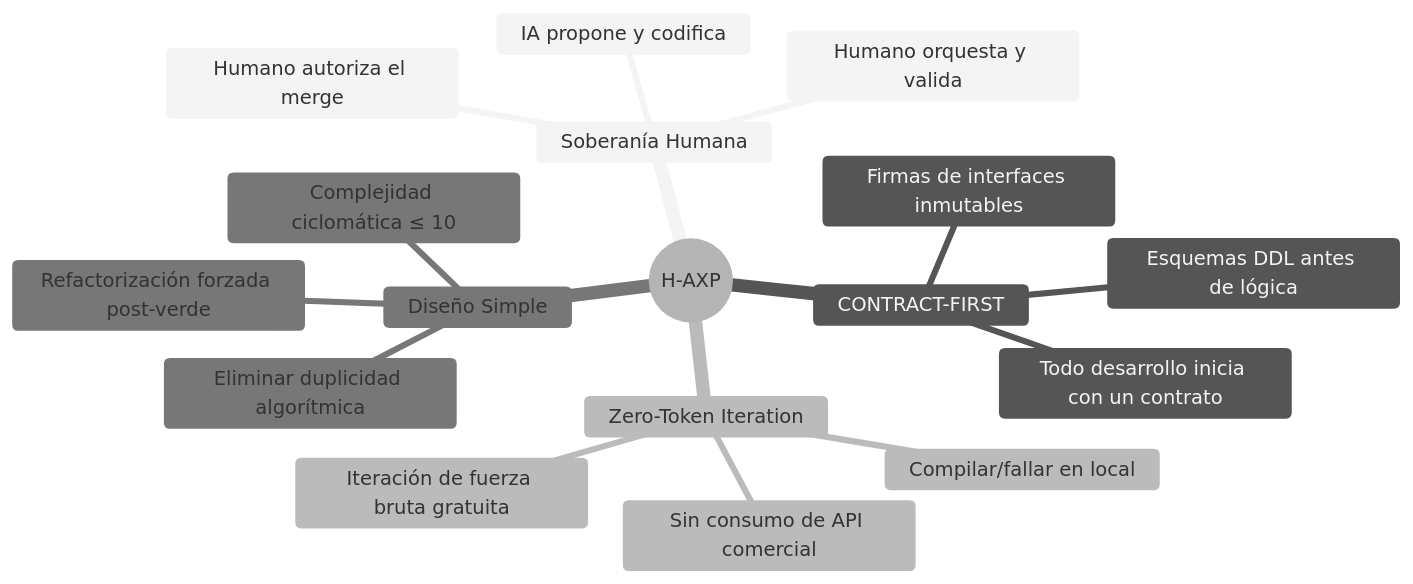
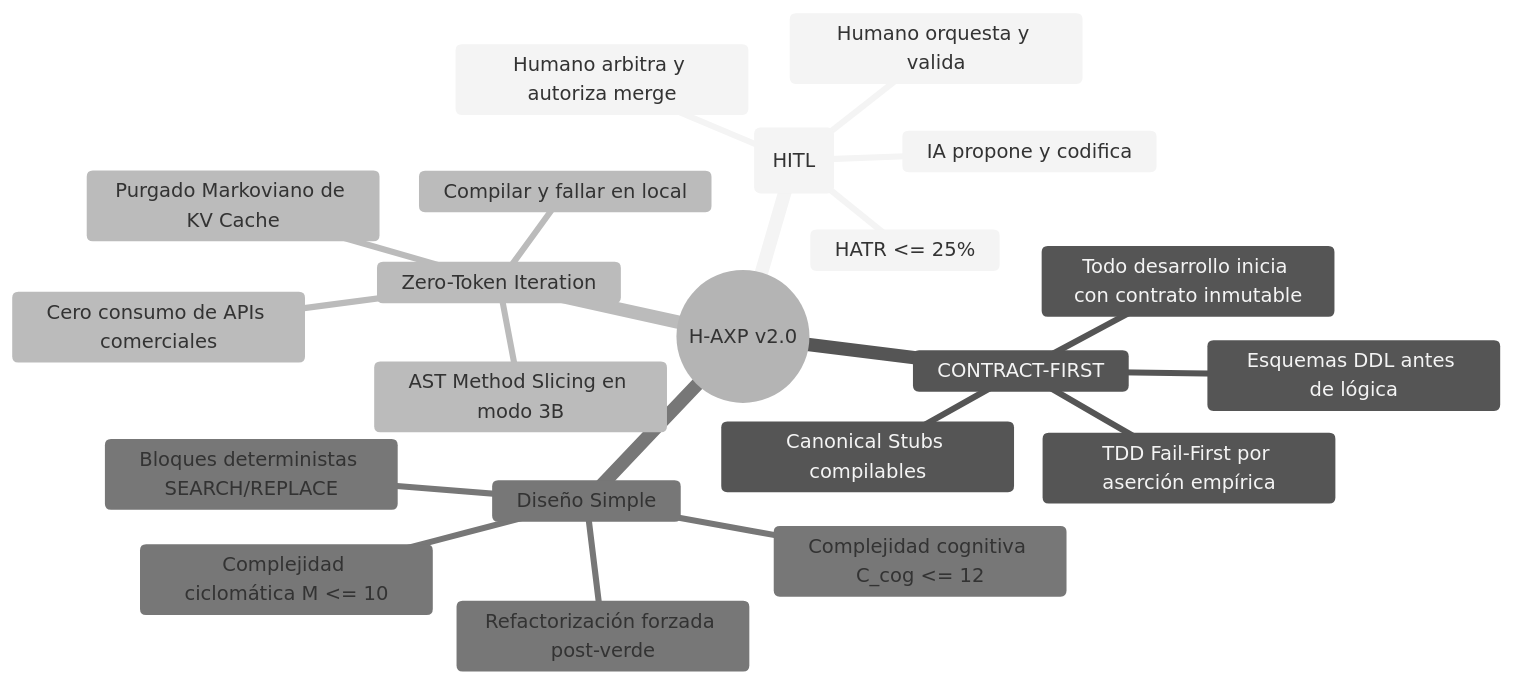
The second of 4 diagrams in README.md (brunoguzman-dev/H-AXP), drawn with Mermaid (neutral theme) before and after one commit. The commit also changed other lines of this file and 20 other files, not shown here.

````diff
--- a/README.md
+++ b/README.md
@@ -52,20 +53,24 @@
 ```mermaid
 mindmap
-  root((H-AXP))
-    Soberanía Humana
+  root((H-AXP v2.0))
+    Soberanía Humana (HITL)
       IA propone y codifica
       Humano orquesta y valida
-      Humano autoriza el merge
+      Humano arbitra y autoriza merge
+      HATR <= 25%
     CONTRACT-FIRST
-      Todo desarrollo inicia con un contrato
+      Todo desarrollo inicia con contrato inmutable
       Esquemas DDL antes de lógica
-      Firmas de interfaces inmutables
+      Canonical Stubs compilables
+      TDD Fail-First por aserción empírica
     Zero-Token Iteration
-      Compilar/fallar en local
-      Sin consumo de API comercial
-      Iteración de fuerza bruta gratuita
+      Compilar y fallar en local
+      Cero consumo de APIs comerciales
+      Purgado Markoviano de KV Cache
+      AST Method Slicing en modo 3B
     Diseño Simple
       Refactorización forzada post-verde
-      Eliminar duplicidad algorítmica
-      Complejidad ciclomática ≤ 10
+      Bloques deterministas SEARCH/REPLACE
+      Complejidad ciclomática M <= 10
+      Complejidad cognitiva C_cog <= 12
 ```
````
